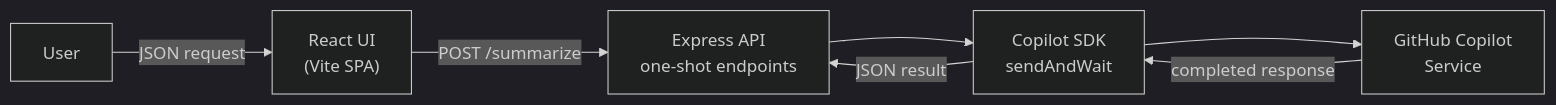
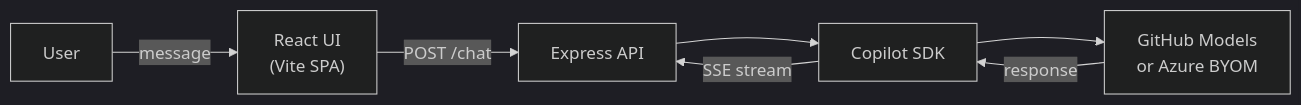
Before and after one commit to jongio/copilot-sdk-service: the first of 2 diagrams in README.md, drawn with Mermaid (dark theme). The commit also changed other lines of this file and 14 other files, not shown here.

````diff
--- a/README.md
+++ b/README.md
@@ -225,9 +302,9 @@
 ```mermaid
 graph LR
-    User -->|JSON request| ReactUI["React UI<br/>(Vite SPA)"]
-    ReactUI -->|POST /summarize| API["Express API<br/>one-shot endpoints"]
-    API --> SDK["Copilot SDK<br/>sendAndWait"]
-    SDK --> Copilot["GitHub Copilot<br/>Service"]
-    Copilot -->|completed response| SDK
-    SDK -->|JSON result| API
+    User -->|message| ReactUI["React UI<br/>(Vite SPA)"]
+    ReactUI -->|POST /chat| API["Express API"]
+    API --> SDK["Copilot SDK"]
+    SDK --> Models["GitHub Models<br/>or Azure BYOM"]
+    Models -->|response| SDK
+    SDK -->|SSE stream| API
 ```
````
